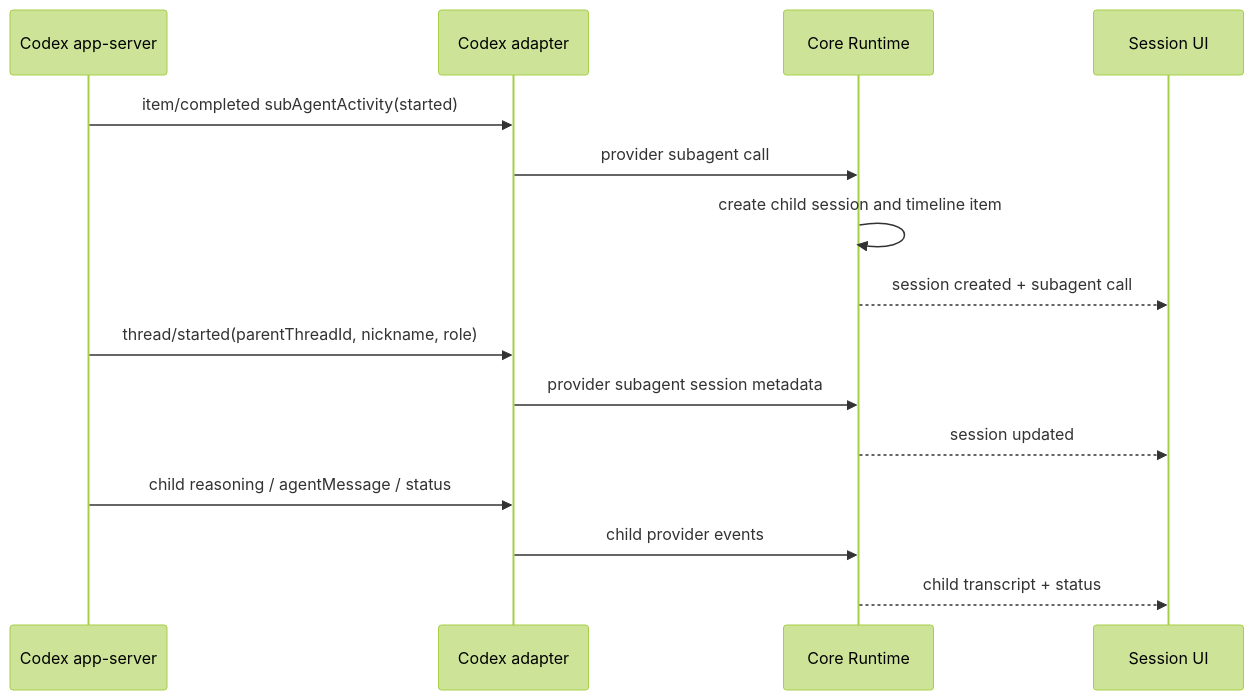
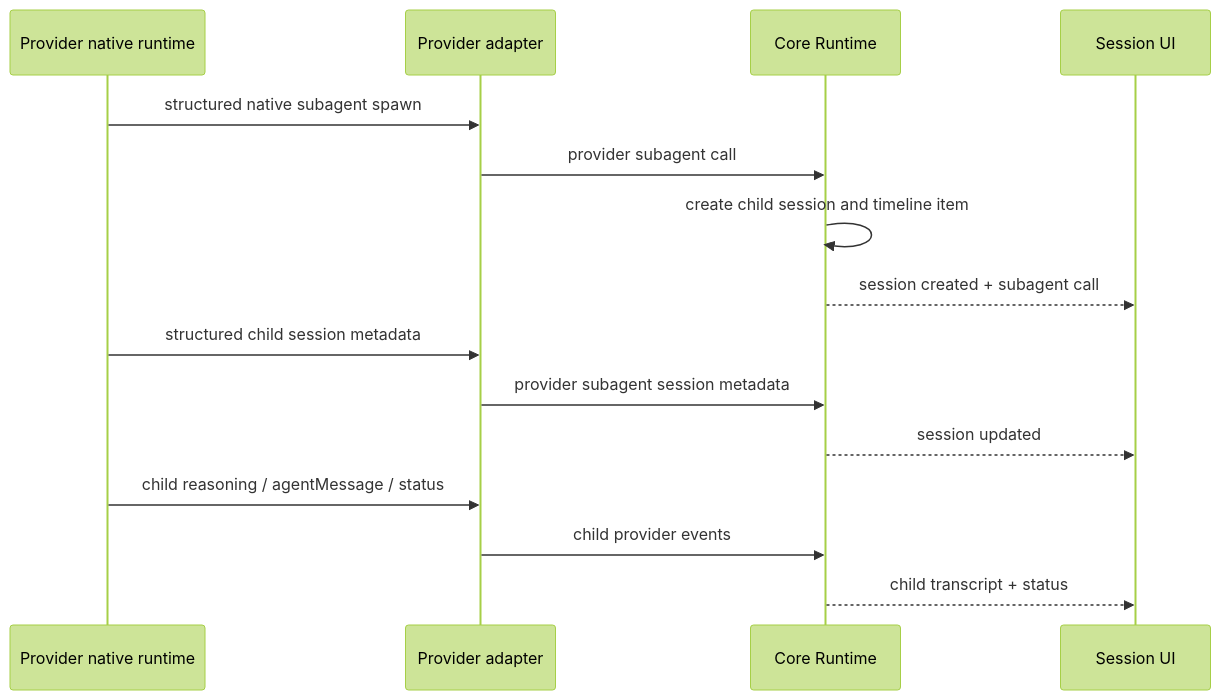
One commit to OleynikAleksandr/Harness_AI changed the diagram in docs/architecture/SubagentSessions.md. Above: the diagram before and after it, drawn with Mermaid (forest theme). The commit also changed other lines of this file and 7 other files, not shown here.

````diff
--- a/docs/architecture/SubagentSessions.md
+++ b/docs/architecture/SubagentSessions.md
@@ -185,18 +210,18 @@
 ```mermaid
 sequenceDiagram
-  participant A as Codex app-server
-  participant P as Codex adapter
+  participant A as Provider native runtime
+  participant P as Provider adapter
   participant C as Core Runtime
   participant U as Session UI
 
-  A->>P: item/completed subAgentActivity(started)
+  A->>P: structured native subagent spawn
   P->>C: provider subagent call
   C->>C: create child session and timeline item
   C-->>U: session created + subagent call
-  A->>P: thread/started(parentThreadId, nickname, role)
+  A->>P: structured child session metadata
   P->>C: provider subagent session metadata
   C-->>U: session updated
   A->>P: child reasoning / agentMessage / status
   P->>C: child provider events
   C-->>U: child transcript + status
 ```
````
